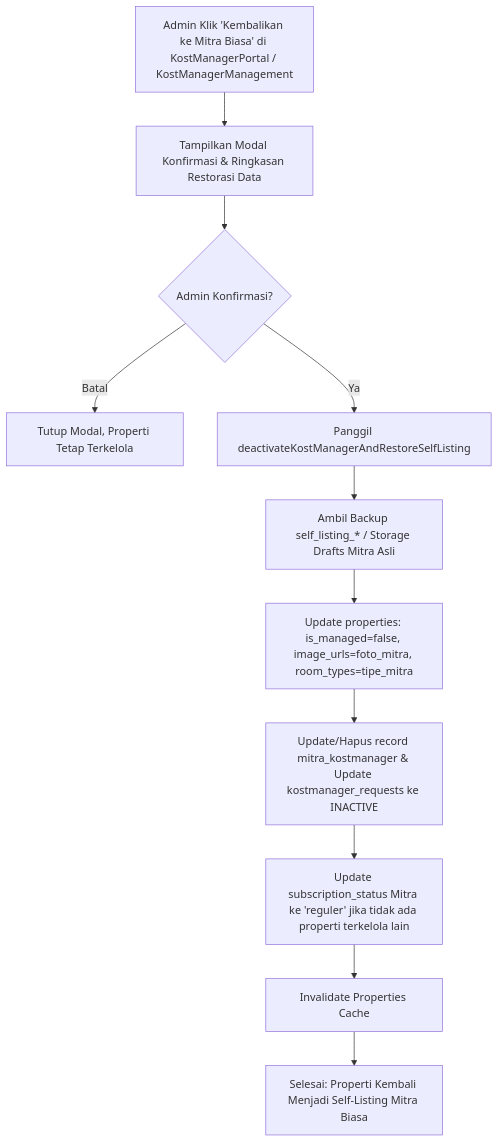
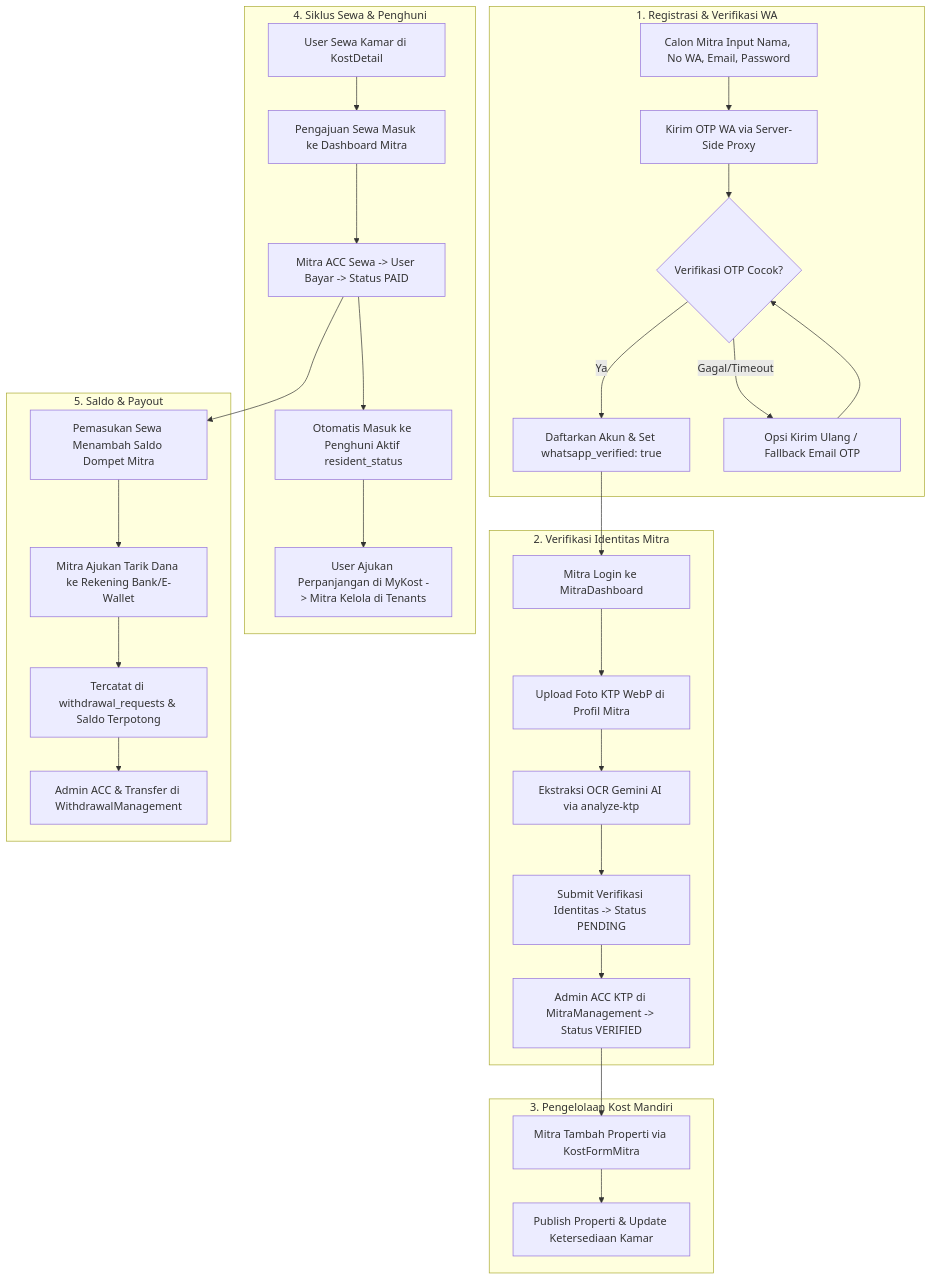
The diagram in IMPLEMENTATION_PLAN.md (zlhanzz/ruangsinggah-supabase), drawn with Mermaid before and after one commit. The commit also changed other lines of this file and 154 other files, not shown here.

Commit message:
feat(fundamental): stabilisasi pendaftaran pemilik kost, whatsapp otp bebas cors, dan pembeda role payout admin

````diff
--- a/IMPLEMENTATION_PLAN.md
+++ b/IMPLEMENTATION_PLAN.md
@@ -53,13 +104,37 @@
 ```mermaid
 flowchart TD
-    A[Admin Klik 'Kembalikan ke Mitra Biasa' di KostManagerPortal / KostManagerManagement] --> B[Tampilkan Modal Konfirmasi & Ringkasan Restorasi Data]
-    B --> C{Admin Konfirmasi?}
-    C -->|Batal| D[Tutup Modal, Properti Tetap Terkelola]
-    C -->|Ya| E[Panggil deactivateKostManagerAndRestoreSelfListing]
-    E --> F[Ambil Backup self_listing_* / Storage Drafts Mitra Asli]
-    F --> G[Update properties: is_managed=false, image_urls=foto_mitra, room_types=tipe_mitra]
-    G --> H[Update/Hapus record mitra_kostmanager & Update kostmanager_requests ke INACTIVE]
-    H --> I[Update subscription_status Mitra ke 'reguler' jika tidak ada properti terkelola lain]
-    I --> J[Invalidate Properties Cache]
-    J --> K[Selesai: Properti Kembali Menjadi Self-Listing Mitra Biasa]
+    subgraph 1_Pendaftaran_Mitra [1. Registrasi & Verifikasi WA]
+        A[Calon Mitra Input Nama, No WA, Email, Password] --> B[Kirim OTP WA via Server-Side Proxy]
+        B --> C{Verifikasi OTP Cocok?}
+        C -->|Ya| D[Daftarkan Akun & Set whatsapp_verified: true]
+        C -->|Gagal/Timeout| E[Opsi Kirim Ulang / Fallback Email OTP]
+        E --> C
+    end
+
+    subgraph 2_Verifikasi_KTP [2. Verifikasi Identitas Mitra]
+        D --> F[Mitra Login ke MitraDashboard]
+        F --> G[Upload Foto KTP WebP di Profil Mitra]
+        G --> H[Ekstraksi OCR Gemini AI via analyze-ktp]
+        H --> I[Submit Verifikasi Identitas -> Status PENDING]
+        I --> J[Admin ACC KTP di MitraManagement -> Status VERIFIED]
+    end
+
+    subgraph 3_Listing_Kost [3. Pengelolaan Kost Mandiri]
+        J --> K[Mitra Tambah Properti via KostFormMitra]
+        K --> L[Publish Properti & Update Ketersediaan Kamar]
+    end
+
+    subgraph 4_Sewa_Perpanjangan [4. Siklus Sewa & Penghuni]
+        M[User Sewa Kamar di KostDetail] --> N[Pengajuan Sewa Masuk ke Dashboard Mitra]
+        N --> O[Mitra ACC Sewa -> User Bayar -> Status PAID]
+        O --> P[Otomatis Masuk ke Penghuni Aktif resident_status]
+        P --> Q[User Ajukan Perpanjangan di MyKost -> Mitra Kelola di Tenants]
+    end
+
+    subgraph 5_Withdrawal [5. Saldo & Payout]
+        O --> R[Pemasukan Sewa Menambah Saldo Dompet Mitra]
+        R --> S[Mitra Ajukan Tarik Dana ke Rekening Bank/E-Wallet]
+        S --> T[Tercatat di withdrawal_requests & Saldo Terpotong]
+        T --> U[Admin ACC & Transfer di WithdrawalManagement]
+    end
 ```
````
